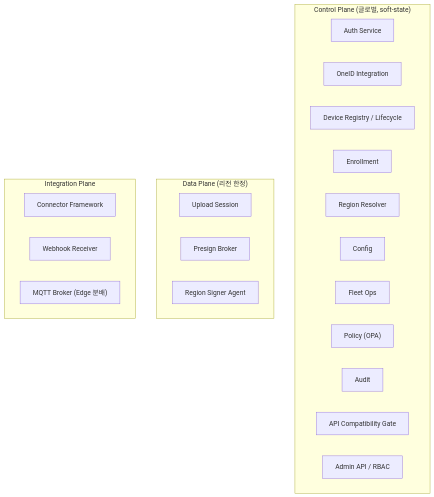
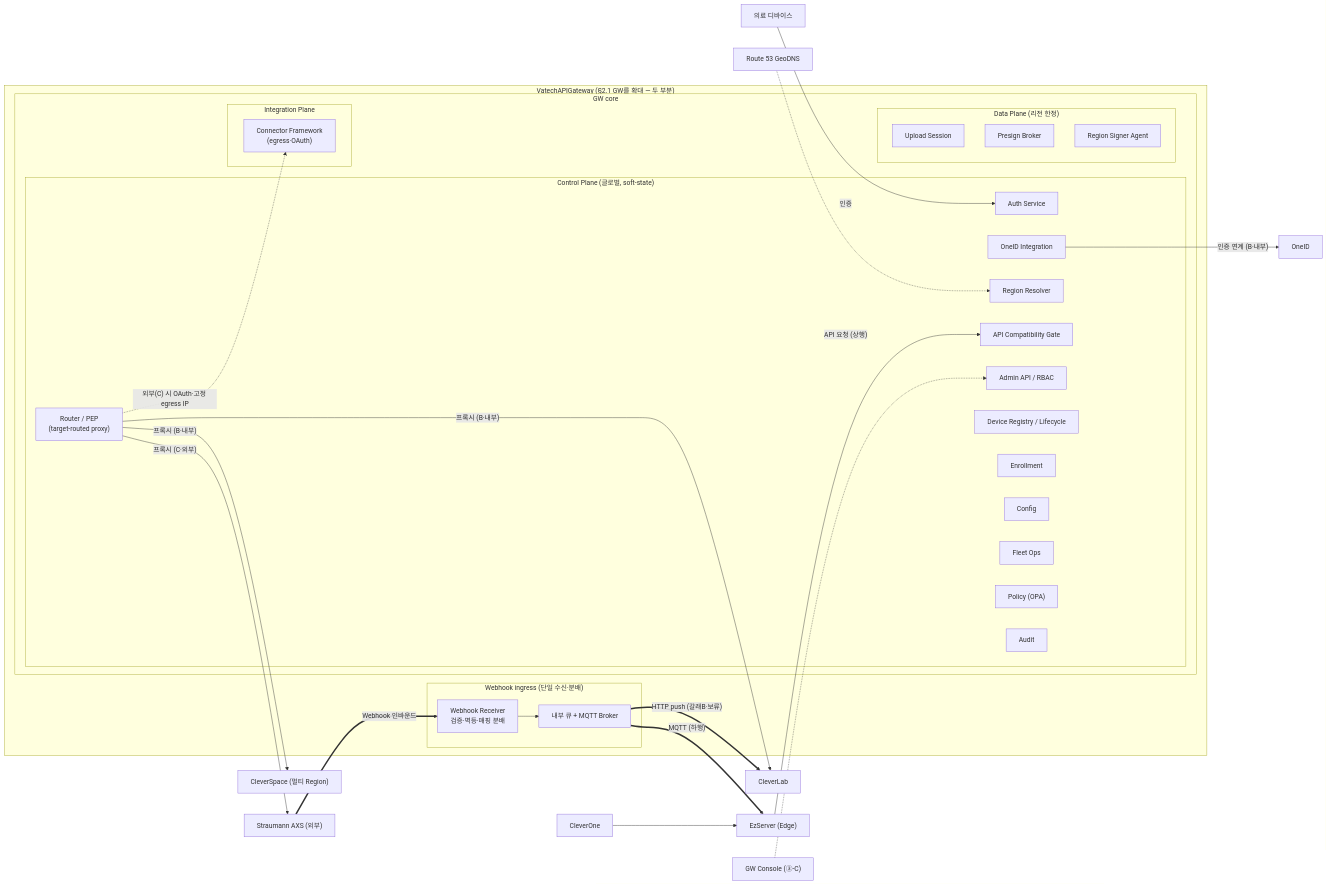
Before and after one commit to gracegyu/scp-architecture: the third of 10 diagrams in docs/VT_API_Gateway/08.VT_API_Gateway/specs/03-srs-gateway/SRS.md, drawn with Mermaid. The commit also changed other lines of this file and 2 other files, not shown here.

Commit message:
문서 업데이트: VT API Gateway의 SRS 문서에 ADR-11(라우팅 모델: target-routed proxy) 및 Router/PEP 컴포넌트 등록을 추가하여 시스템 설계의 일관성을 강화하였습니다. 또한, Webhook Receiver의 역할과 데이터 흐름을 명확히 하여 외부 연동의 신뢰성을 높였습니다. settings.local.json 파일을 추가하여 Bash 명령어에 대한 권한 설정을 정의하였습니다.

````diff
--- a/docs/VT_API_Gateway/08.VT_API_Gateway/specs/03-srs-gateway/SRS.md
+++ b/docs/VT_API_Gateway/08.VT_API_Gateway/specs/03-srs-gateway/SRS.md
@@ -254,26 +268,62 @@
 ```mermaid
-flowchart TB
-    subgraph CTRL["Control Plane (글로벌, soft-state)"]
-        AUTH["Auth Service"]
-        OIDI["OneID Integration"]
-        DREG["Device Registry / Lifecycle"]
-        ENR["Enrollment"]
-        RGN["Region Resolver"]
-        CFG["Config"]
-        FLEET["Fleet Ops"]
-        OPA["Policy (OPA)"]
-        AUD["Audit"]
-        COMPAT["API Compatibility Gate"]
-        ADM["Admin API / RBAC"]
+flowchart LR
+    %% 외부 시스템 — §2.1과 동일 (VatechAPIGateway 바깥은 §2.1과 완전히 같음)
+    CO["CleverOne"]
+    DEV["의료 디바이스"]
+    EZ["EzServer (Edge)"]
+    OID["OneID"]
+    CS["CleverSpace (멀티 Region)"]
+    CLAB["CleverLab"]
+    AXS["Straumann AXS (외부)"]
+    R53["Route 53 GeoDNS"]
+    CONSOLE["GW Console (③-C)"]
+
+    subgraph GWBOX["VatechAPIGateway (§2.1 GW를 확대 — 두 부분)"]
+        subgraph CORE["GW core"]
+            subgraph CTRL["Control Plane (글로벌, soft-state)"]
+                AUTH["Auth Service"]
+                OIDI["OneID Integration"]
+                ROUTER["Router / PEP<br/>(target-routed proxy)"]
+                RGN["Region Resolver"]
+                COMPAT["API Compatibility Gate"]
+                ADM["Admin API / RBAC"]
+                DREG["Device Registry / Lifecycle"]
+                ENR["Enrollment"]
+                CFG["Config"]
+                FLEET["Fleet Ops"]
+                OPA["Policy (OPA)"]
+                AUD["Audit"]
+            end
+            subgraph DATA["Data Plane (리전 한정)"]
+                SES["Upload Session"]
+                PRESIGN["Presign Broker"]
+                SIGNER["Region Signer Agent"]
+            end
+            subgraph INTEG["Integration Plane"]
+                CONN["Connector Framework<br/>(egress·OAuth)"]
+            end
+        end
+        subgraph WHTIER["Webhook ingress (단일 수신·분배)"]
+            WH["Webhook Receiver<br/>검증·멱등·매핑 분배"]
+            WHQ["내부 큐 + MQTT Broker"]
+            WH --> WHQ
+        end
     end
-    subgraph DATA["Data Plane (리전 한정)"]
-        SES["Upload Session"]
-        PRESIGN["Presign Broker"]
-        SIGNER["Region Signer Agent"]
-    end
-    subgraph INTEG["Integration Plane"]
-        CONN["Connector Framework"]
-        WH["Webhook Receiver"]
-        MQTT["MQTT Broker (Edge 분배)"]
-    end
+
+    %% API 호출 — 대상 무관 동일 경로(target-routed proxy). 차이는 trust profile뿐
+    CO --> EZ
+    EZ -->|"API 요청 (상행)"| COMPAT
+    DEV -->|"인증"| AUTH
+    OIDI -->|"인증 연계 (B·내부)"| OID
+    ROUTER -->|"프록시 (B·내부)"| CS
+    ROUTER -->|"프록시 (B·내부)"| CLAB
+    ROUTER -->|"프록시 (C·외부)"| AXS
+    ROUTER -.->|"외부(C) 시 OAuth·고정 egress IP"| CONN
+    CONSOLE -.-> ADM
+    R53 -.-> RGN
+
+    %% Webhook(이벤트 인바운드)은 API 호출과 별개 — 현재 AXS만 (CleverSpace는 TBD §2.3.6)
+    AXS ==>|"Webhook 인바운드"| WH
+    WHQ ==>|"MQTT (하행)"| EZ
+    WHQ ==>|"HTTP push (갈래B·보류)"| CLAB
 ```
````
